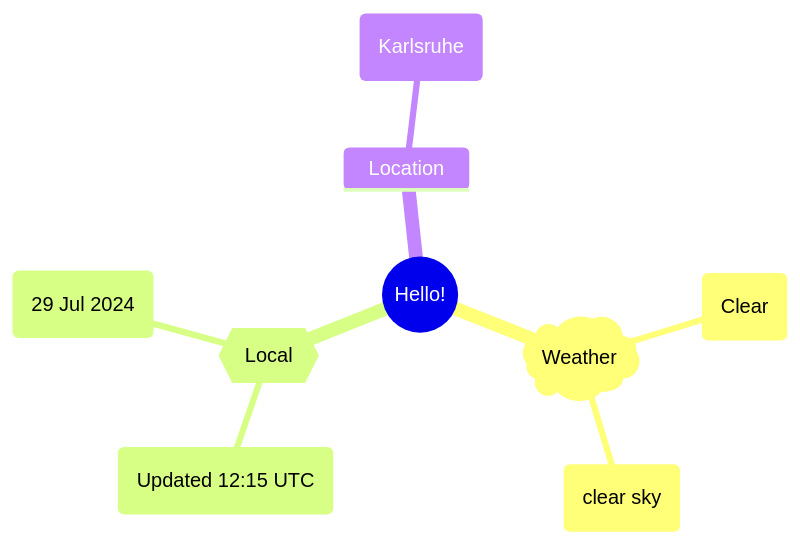
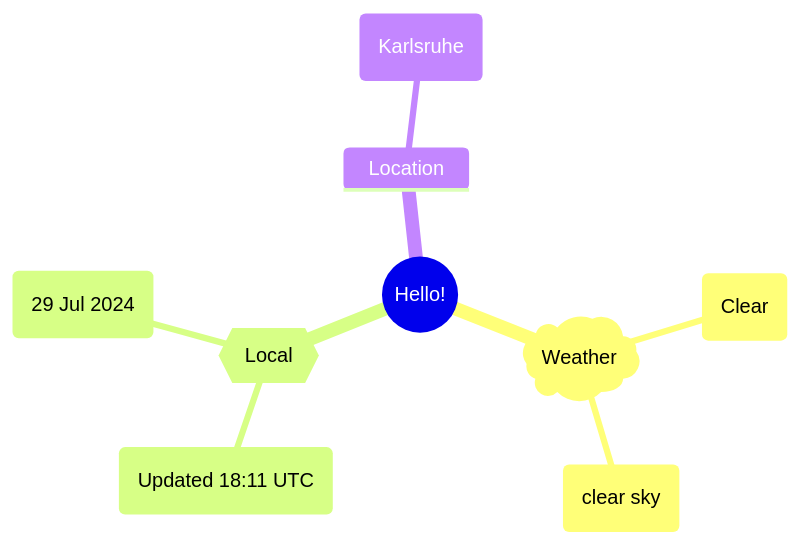
Before and after one commit to Xosrov/Xosrov: the first of 2 diagrams in README.md, drawn with Mermaid.

Commit message:
[bot] updated images

````diff
--- a/README.md
+++ b/README.md
@@ -3,12 +3,12 @@
 ```mermaid
 mindmap
   root((Hello!))
     )Weather(
         (Clear)
         (clear sky)
     {{Local}}
-        (Updated 12:15 UTC)
+        (Updated 18:11 UTC)
         (29 Jul 2024)
     Location
         (Karlsruhe)
 ```
````
